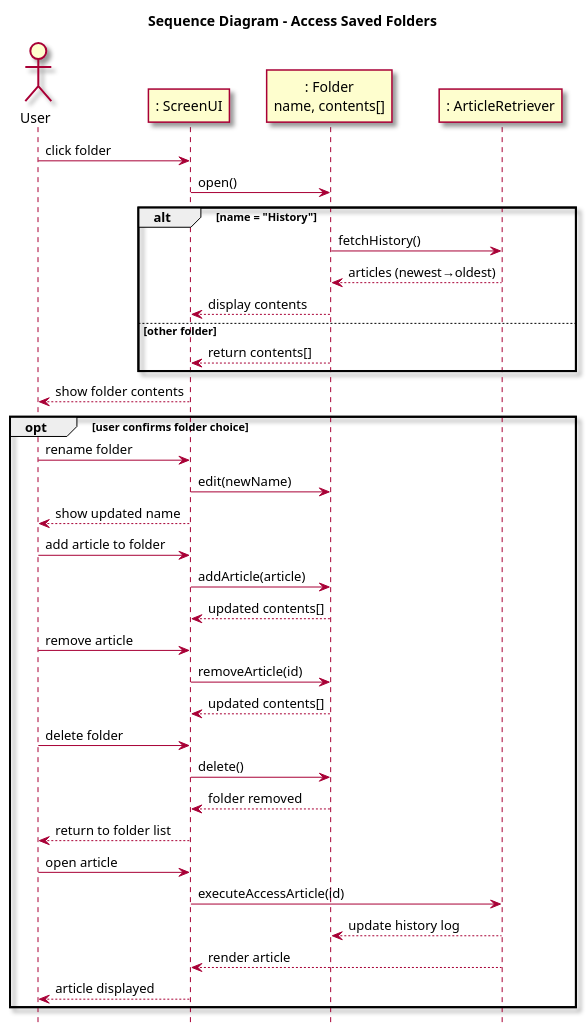
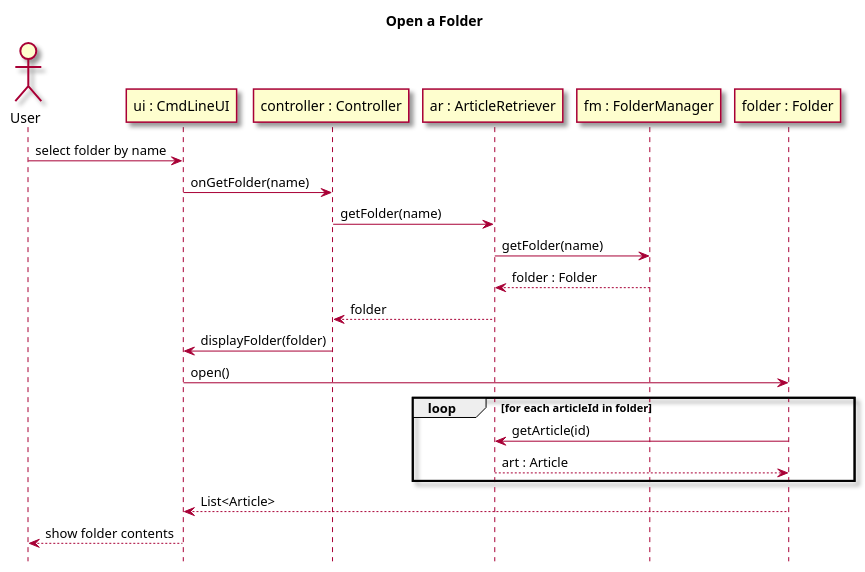
One commit to owhitleym-ui/EcoScoop changed the third of 8 diagrams in intellij/doc/use-cases/access-saved-folders.md. Above: the diagram before and after it, drawn with PlantUML. The commit also changed other lines of this file and 8 other files, not shown here.

Commit message:
Updated Sequence Diagrams

````diff
--- a/intellij/doc/use-cases/access-saved-folders.md
+++ b/intellij/doc/use-cases/access-saved-folders.md
@@ -76,59 +101,33 @@
 ```plantuml
 @startuml
 skin rose
 hide footbox
 
-title Sequence Diagram - Access Saved Folders
+title Open a Folder
 
-actor User
-participant ": ScreenUI" as UI
-participant ": Folder\nname, contents[]" as Folder
-participant ": ArticleRetriever" as ArticleRetriever
+actor User as user
+participant "ui : CmdLineUI" as UI
+participant "controller : Controller" as controller
+participant "ar : ArticleRetriever" as AR
+participant "fm : FolderManager" as FM
+participant "folder : Folder" as F
 
-User -> UI : click folder
-UI -> Folder : open()
+user -> UI : select folder by name
+UI -> controller : onGetFolder(name)
+controller -> AR : getFolder(name)
+AR -> FM : getFolder(name)
+FM --> AR : folder : Folder
+AR --> controller : folder
+controller -> UI : displayFolder(folder)
+UI -> F : open()
 
-alt name = "History"
-    Folder -> ArticleRetriever : fetchHistory()
-    ArticleRetriever --> Folder : articles (newest→oldest)
-    Folder --> UI : display contents
-else other folder
-    Folder --> UI : return contents[]
+loop for each articleId in folder
+  F -> AR : getArticle(id)
+  AR --> F : art : Article
 end
 
-UI --> User : show folder contents
-
-opt user confirms folder choice
-
-' Rename
-User -> UI : rename folder
-UI -> Folder : edit(newName)
-UI --> User : show updated name
-
-' Add article
-User -> UI : add article to folder
-UI -> Folder : addArticle(article)
-Folder --> UI : updated contents[]
-
-' Remove article
-User -> UI : remove article
-UI -> Folder : removeArticle(id)
-Folder --> UI : updated contents[]
-
-' Delete folder
-    User -> UI : delete folder
-    UI -> Folder : delete()
-    Folder --> UI : folder removed
-    UI --> User : return to folder list
-
-User -> UI : open article
-UI -> ArticleRetriever : executeAccessArticle(id)
-ArticleRetriever --> Folder : update history log
-ArticleRetriever --> UI : render article
-UI --> User : article displayed
-
-end
-
+F --> UI : List<Article>
+UI --> user : show folder contents
 
 @enduml
 ```
````
